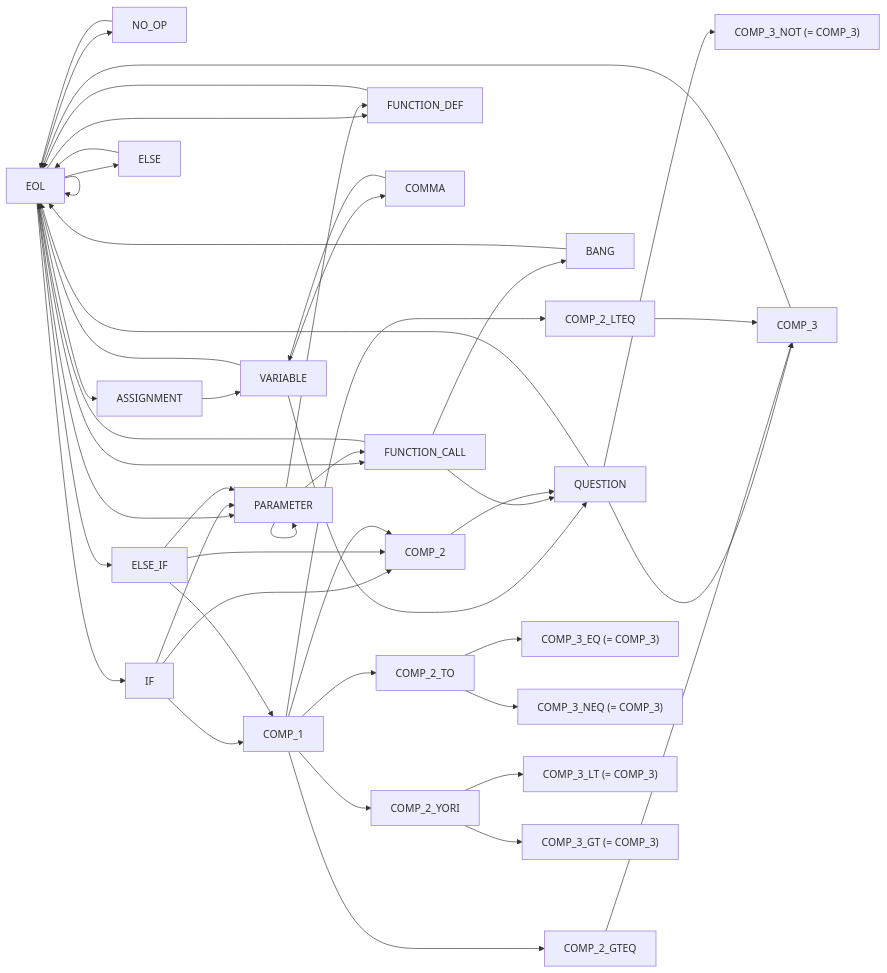
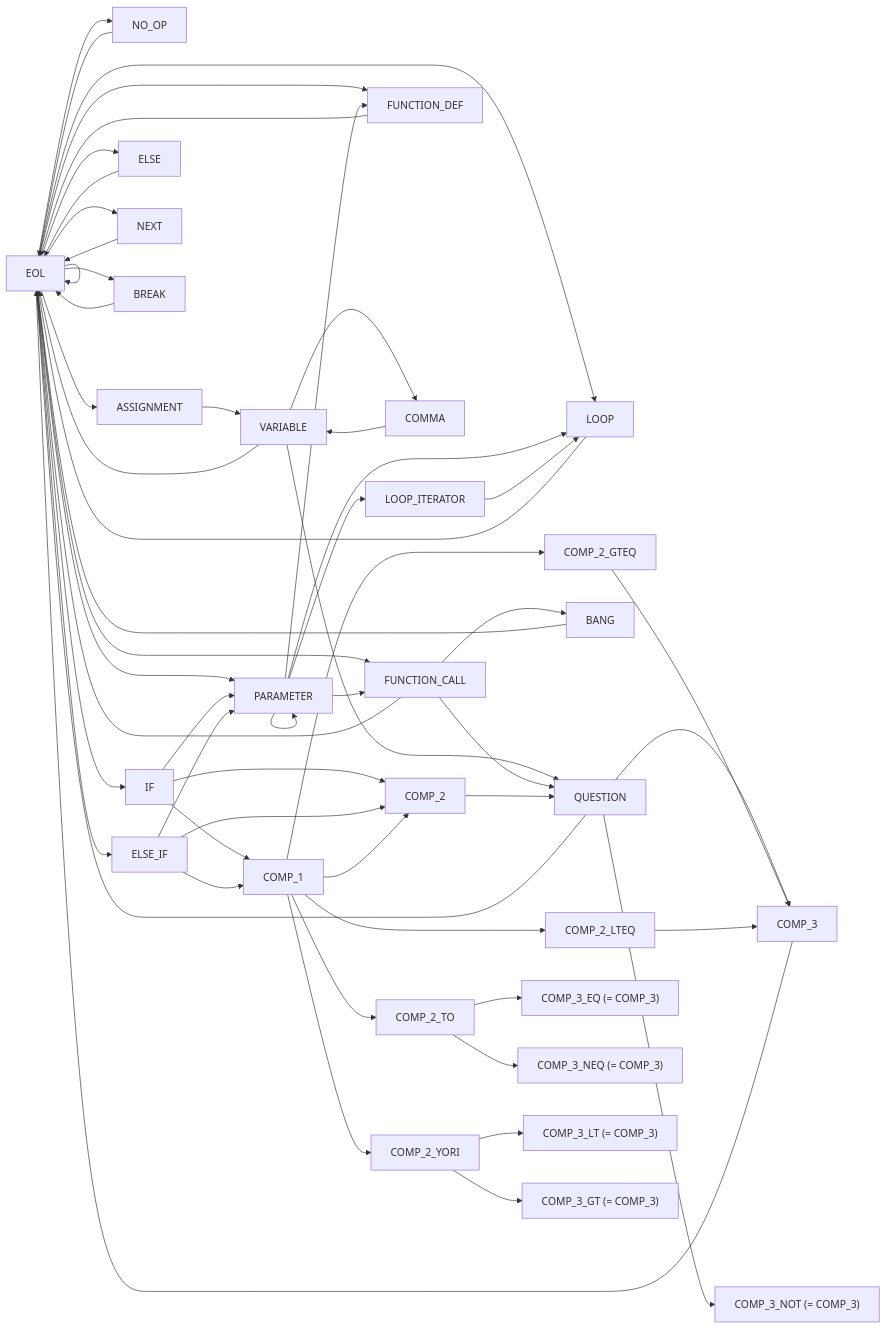
The diagram in documentation/nfsm.md (rewhowe/snapdragon), drawn with Mermaid before and after one commit. The commit also changed 3 other files, not shown here.

Commit message:
implement loop next / break, some scope validation, test code, update nfsm diagram

````diff
--- a/documentation/nfsm.md
+++ b/documentation/nfsm.md
@@ -5,68 +5,78 @@
 ```mermaid
 graph LR
   EOL --> EOL
   EOL --> FUNCTION_CALL
   EOL --> FUNCTION_DEF
   EOL --> NO_OP
   EOL --> ASSIGNMENT
   EOL --> PARAMETER
   EOL --> IF
   EOL --> ELSE_IF
   EOL --> ELSE
+  EOL --> LOOP
+  EOL --> NEXT
+  EOL --> BREAK
 
   ASSIGNMENT --> VARIABLE
 
   VARIABLE --> EOL
   VARIABLE --> QUESTION
   VARIABLE --> COMMA
 
   PARAMETER --> PARAMETER
   PARAMETER --> FUNCTION_DEF
   PARAMETER --> FUNCTION_CALL
+  PARAMETER --> LOOP_ITERATOR
+  PARAMETER --> LOOP
 
   FUNCTION_DEF --> EOL
 
   FUNCTION_CALL --> EOL
   FUNCTION_CALL --> QUESTION
   FUNCTION_CALL --> BANG
 
   NO_OP --> EOL
 
   QUESTION --> EOL
   QUESTION --> COMP_3
   QUESTION --> COMP_3_NOT["COMP_3_NOT (= COMP_3)"]
 
   BANG --> EOL
 
   COMMA --> VARIABLE
 
   IF --> PARAMETER
   IF --> COMP_1
   IF --> COMP_2
 
   ELSE_IF --> PARAMETER
   ELSE_IF --> COMP_1
   ELSE_IF --> COMP_2
 
   ELSE --> EOL
 
   COMP_1 --> COMP_2
   COMP_1 --> COMP_2_TO
   COMP_1 --> COMP_2_YORI
   COMP_1 --> COMP_2_GTEQ
   COMP_1 --> COMP_2_LTEQ
 
   COMP_2 --> QUESTION
 
   COMP_2_TO --> COMP_3_EQ["COMP_3_EQ (= COMP_3)"]
   COMP_2_TO --> COMP_3_NEQ["COMP_3_NEQ (= COMP_3)"]
 
   COMP_2_YORI --> COMP_3_LT["COMP_3_LT (= COMP_3)"]
   COMP_2_YORI --> COMP_3_GT["COMP_3_GT (= COMP_3)"]
 
   COMP_2_GTEQ --> COMP_3
 
   COMP_2_LTEQ --> COMP_3
 
   COMP_3 --> EOL
+
+  LOOP_ITERATOR --> LOOP
+  LOOP --> EOL
+  NEXT --> EOL
+  BREAK --> EOL
 ```
````
